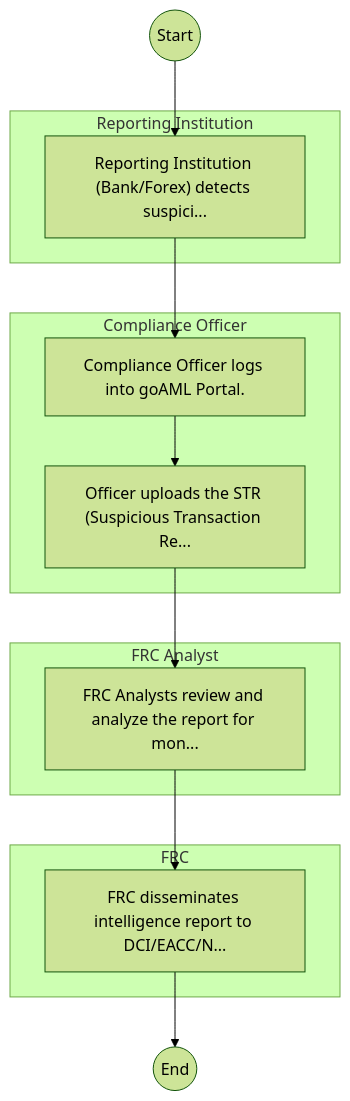
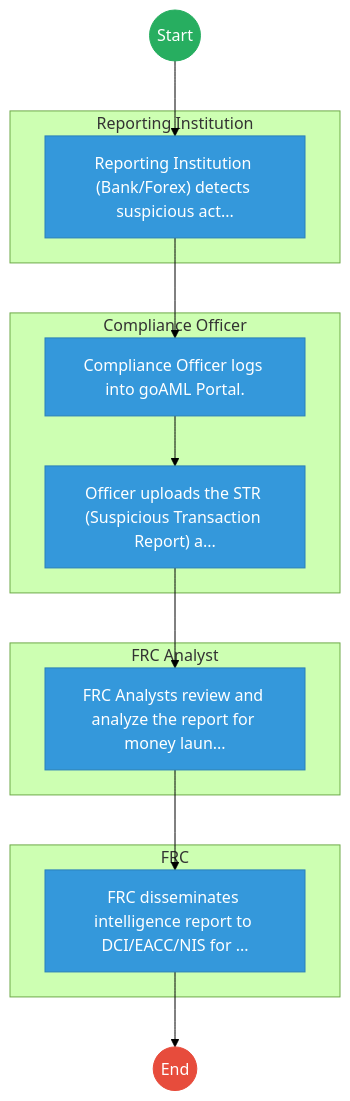
Before and after one commit to BITZ-IT-Consulting-LTD/ictapoc: the first of 2 diagrams in mdas/docs_final/Financial_Reporting_Centre___Service_Delivery.md, drawn with Mermaid (forest theme). The commit also changed other lines of this file and 461 other files, not shown here.

````diff
--- a/mdas/docs_final/Financial_Reporting_Centre___Service_Delivery.md
+++ b/mdas/docs_final/Financial_Reporting_Centre___Service_Delivery.md
@@ -20,22 +20,35 @@
 ```mermaid
 graph TD
     Start((Start)) --> S1
-    subgraph ReportingInstitution [Reporting Institution]
-        S1["Reporting Institution (Bank/Forex) detects suspici..."]
+
+    subgraph Reporting_Institution [Reporting Institution]
+        S1["Reporting Institution (Bank/Forex) detects suspicious act..."]
     end
-    subgraph ComplianceOfficer [Compliance Officer]
+
+    subgraph Compliance_Officer [Compliance Officer]
         S2["Compliance Officer logs into goAML Portal."]
-        S3["Officer uploads the STR (Suspicious Transaction Re..."]
+        S3["Officer uploads the STR (Suspicious Transaction Report) a..."]
     end
-    subgraph FRCAnalyst [FRC Analyst]
-        S4["FRC Analysts review and analyze the report for mon..."]
+
+    subgraph FRC_Analyst [FRC Analyst]
+        S4["FRC Analysts review and analyze the report for money laun..."]
     end
+
     subgraph FRC [FRC]
-        S5["FRC disseminates intelligence report to DCI/EACC/N..."]
+        S5["FRC disseminates intelligence report to DCI/EACC/NIS for ..."]
     end
     S1 --> S2
     S2 --> S3
     S3 --> S4
     S4 --> S5
     S5 --> End((End))
+
+    classDef start fill:#27ae60,stroke:#27ae60,color:#fff;
+    classDef endNode fill:#e74c3c,stroke:#e74c3c,color:#fff;
+    classDef userTask fill:#3498db,stroke:#2980b9,color:#fff;
+    classDef serviceTask fill:#9b59b6,stroke:#8e44ad,color:#fff;
+
+    class Start start;
+    class End endNode;
+    class S1,S2,S3,S4,S5 userTask;
 ```
````
